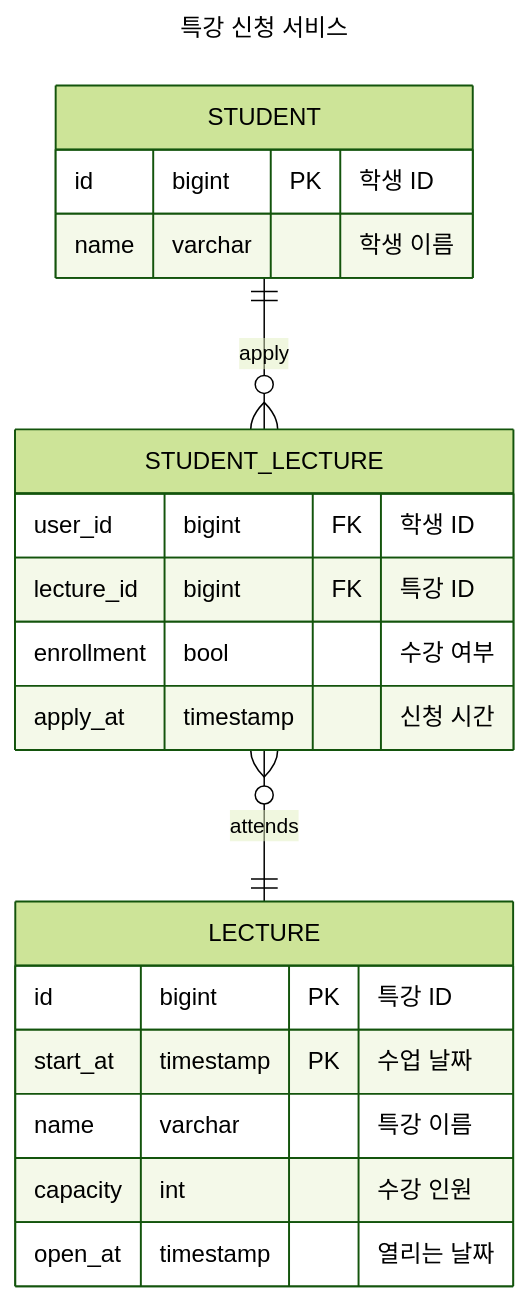
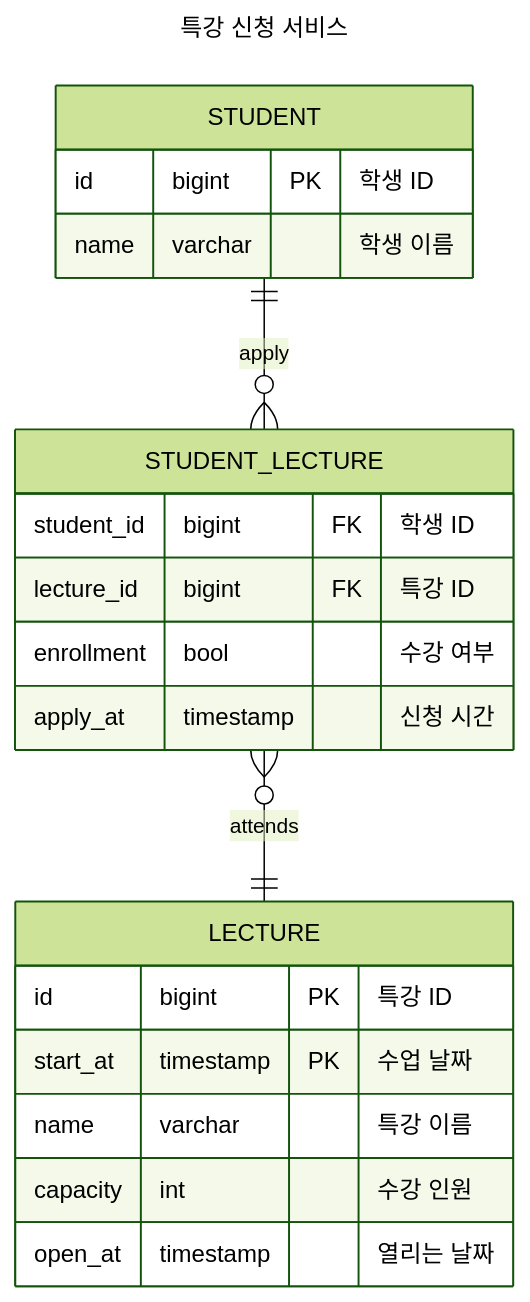
Before and after one commit to adiospain/hhplus-lecture-apply-service-java: the diagram in README.md, drawn with Mermaid (forest theme).

Commit message:
ERD 수정

````diff
--- a/README.md
+++ b/README.md
@@ -19,26 +19,26 @@
 ```mermaid
 ---
 title : 특강 신청 서비스
 ---
 erDiagram
     STUDENT {
         id bigint PK "학생 ID"
         name varchar "학생 이름"
     }
     LECTURE {
         id bigint PK "특강 ID"
         start_at timestamp PK "수업 날짜"
         name varchar "특강 이름"
         capacity int "수강 인원"
         open_at timestamp "열리는 날짜"
     }
     STUDENT_LECTURE {
-        user_id bigint FK "학생 ID"
+        student_id bigint FK "학생 ID"
         lecture_id bigint FK "특강 ID"
         enrollment bool "수강 여부"
         apply_at timestamp "신청 시간"
     }
     
     STUDENT ||--o{ STUDENT_LECTURE : apply
     STUDENT_LECTURE }o--|| LECTURE : attends
 ```
````
